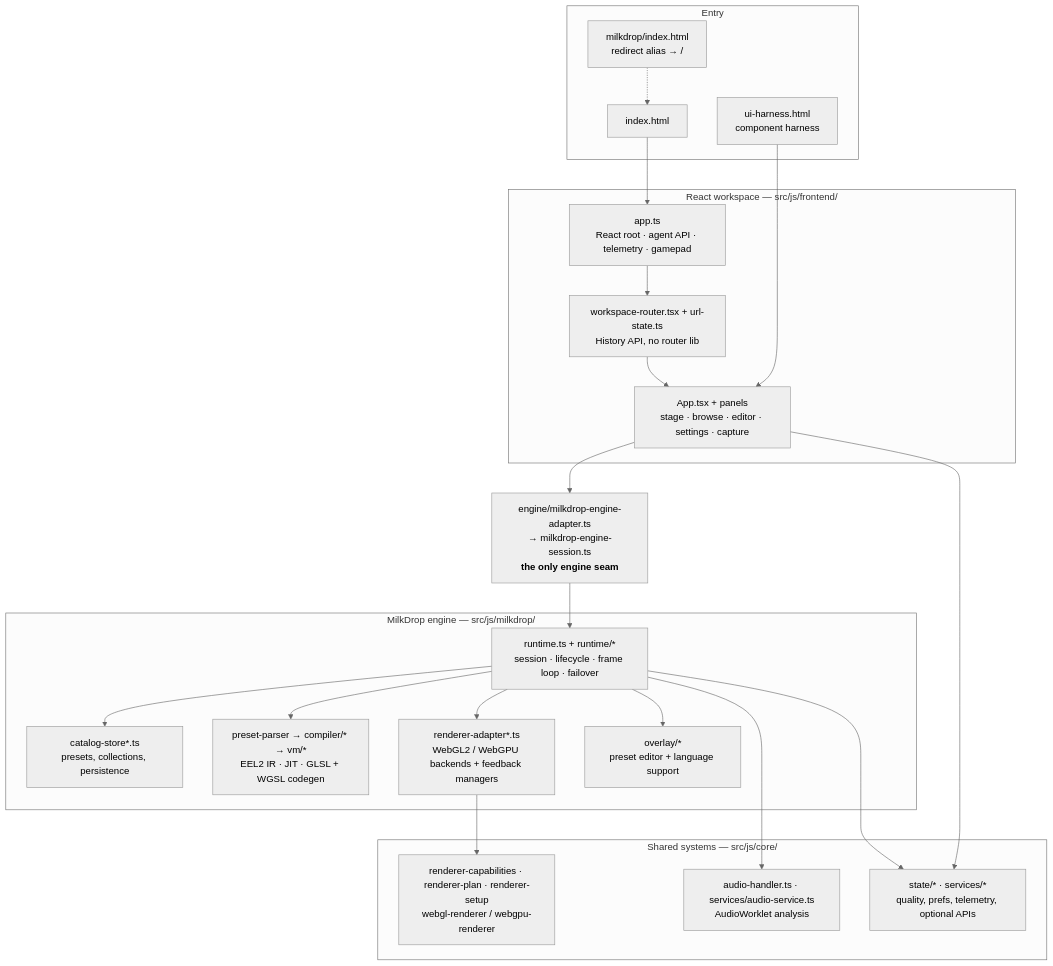
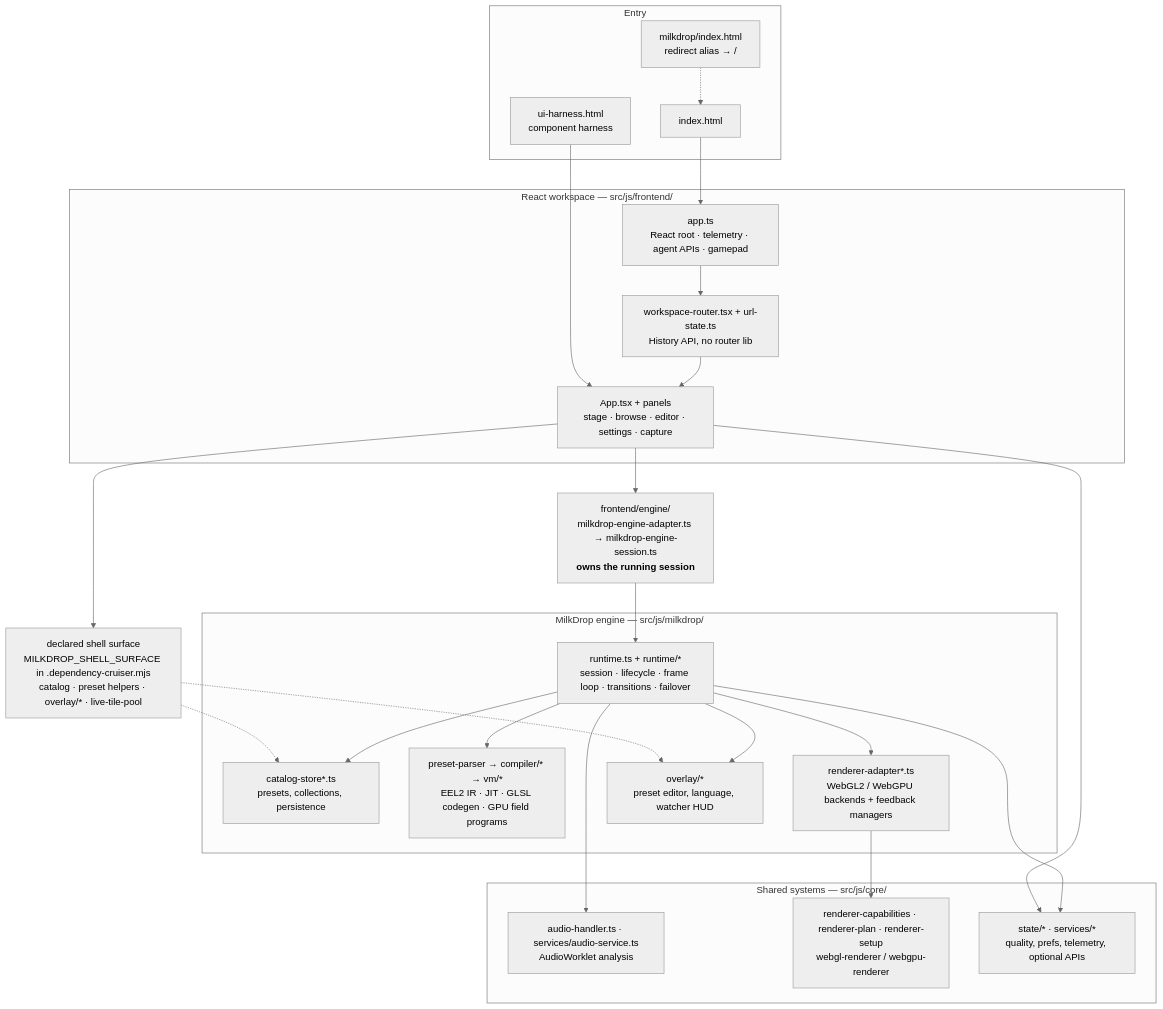
Before and after one commit to zz-plant/stims: the first of 2 diagrams in docs/ARCHITECTURE.md, drawn with Mermaid (neutral theme). The commit also changed other lines of this file and 14 other files, not shown here.

````diff
--- a/docs/ARCHITECTURE.md
+++ b/docs/ARCHITECTURE.md
@@ -21,45 +30,49 @@
 ```mermaid
 flowchart TB
   subgraph shell["Entry"]
     Entry["index.html"]
     Alias["milkdrop/index.html<br/>redirect alias → /"]
     Harness["ui-harness.html<br/>component harness"]
   end
 
   subgraph react["React workspace — src/js/frontend/"]
-    App["app.ts<br/>React root · agent API · telemetry · gamepad"]
+    App["app.ts<br/>React root · telemetry · agent APIs · gamepad"]
     Router["workspace-router.tsx + url-state.ts<br/>History API, no router lib"]
     UI["App.tsx + panels<br/>stage · browse · editor · settings · capture"]
   end
 
-  Adapter["engine/milkdrop-engine-adapter.ts<br/>→ milkdrop-engine-session.ts<br/><b>the only engine seam</b>"]
+  Adapter["frontend/engine/<br/>milkdrop-engine-adapter.ts → milkdrop-engine-session.ts<br/><b>owns the running session</b>"]
+  Surface["declared shell surface<br/>MILKDROP_SHELL_SURFACE in .dependency-cruiser.mjs<br/>catalog · preset helpers · overlay/* · live-tile-pool"]
 
   subgraph engine["MilkDrop engine — src/js/milkdrop/"]
-    Runtime["runtime.ts + runtime/*<br/>session · lifecycle · frame loop · failover"]
+    Runtime["runtime.ts + runtime/*<br/>session · lifecycle · frame loop · transitions · failover"]
     Catalog["catalog-store*.ts<br/>presets, collections, persistence"]
-    Compile["preset-parser → compiler/* → vm/*<br/>EEL2 IR · JIT · GLSL + WGSL codegen"]
+    Compile["preset-parser → compiler/* → vm/*<br/>EEL2 IR · JIT · GLSL codegen · GPU field programs"]
     RAdapter["renderer-adapter*.ts<br/>WebGL2 / WebGPU backends + feedback managers"]
-    Overlay["overlay/*<br/>preset editor + language support"]
+    Overlay["overlay/*<br/>preset editor, language, watcher HUD"]
   end
 
   subgraph core["Shared systems — src/js/core/"]
     Audio["audio-handler.ts · services/audio-service.ts<br/>AudioWorklet analysis"]
     Render["renderer-capabilities · renderer-plan · renderer-setup<br/>webgl-renderer / webgpu-renderer"]
     State["state/* · services/*<br/>quality, prefs, telemetry, optional APIs"]
   end
 
   Entry --> App
   Alias -.-> Entry
   Harness --> UI
   App --> Router --> UI
   UI --> Adapter
+  UI --> Surface
   UI --> State
+  Surface -.-> Catalog
+  Surface -.-> Overlay
   Adapter --> Runtime
   Runtime --> Catalog
   Runtime --> Compile
   Runtime --> RAdapter
   Runtime --> Overlay
   Runtime --> Audio
   RAdapter --> Render
   Runtime --> State
 ```
````
